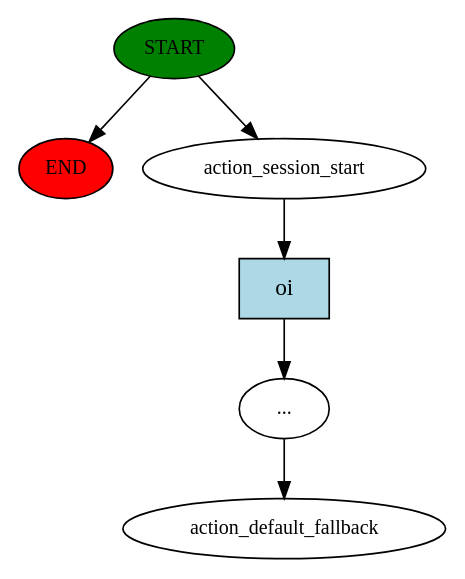
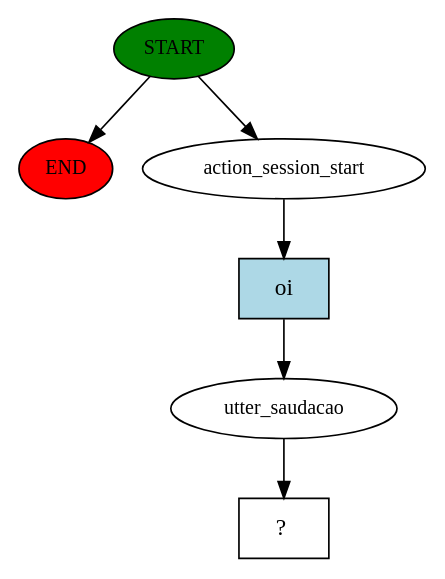
Before and after one commit to joaoavanzini/rasa-chatbot-sample: the diagram in story_graph.dot, drawn with Graphviz. The commit also changed 4 other files, not shown here.

```diff
--- a/story_graph.dot
+++ b/story_graph.dot
@@ -1,13 +1,13 @@
 digraph  {
 0 [class="start active", fillcolor=green, fontsize=12, label=START, style=filled];
 "-1" [class=end, fillcolor=red, fontsize=12, label=END, style=filled];
 1 [class=active, fontsize=12, label=action_session_start];
-2 [class=active, fontsize=12, label="..."];
-3 [class="dashed active", fontsize=12, label=action_default_fallback];
+2 [class=active, fontsize=12, label=utter_saudacao];
+3 [class="intent dashed active", label="  ?  ", shape=rect];
 4 [class="intent active", fillcolor=lightblue, label=oi, shape=rect, style=filled];
 0 -> "-1"  [class="", key=NONE, label=""];
 0 -> 1  [class=active, key=NONE, label=""];
 1 -> 4  [class=active, key=0];
 2 -> 3  [class=active, key=NONE, label=""];
 4 -> 2  [class=active, key=0];
 }
```
